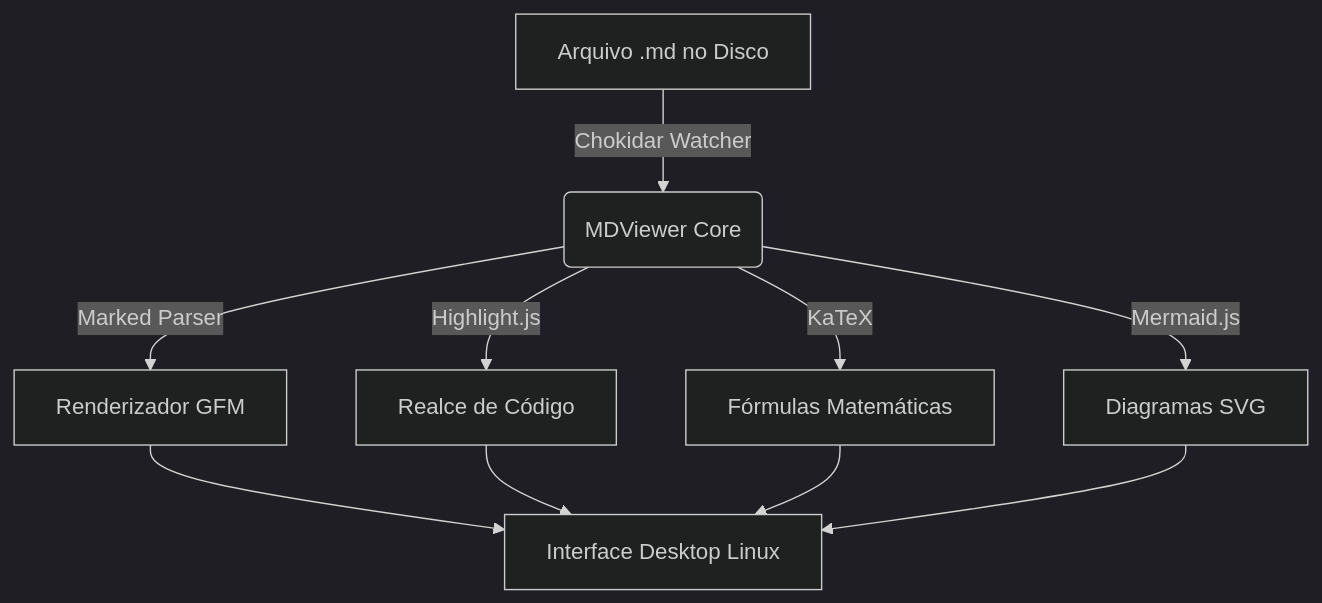
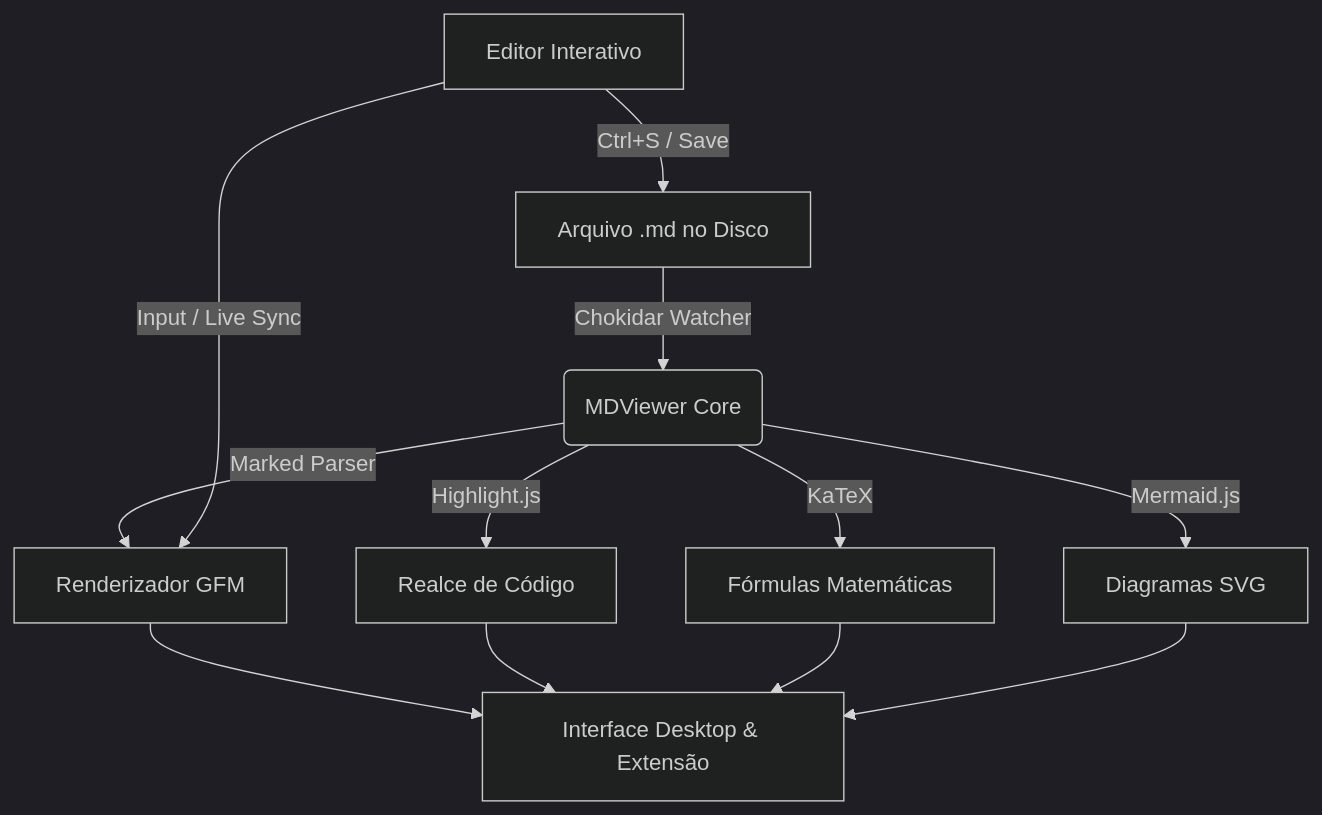
The first of 2 diagrams in sample.md (melecajou/mdviewer), drawn with Mermaid (dark theme) before and after one commit. The commit also changed other lines of this file and 2 other files, not shown here.

Commit message:
docs: update README and sample.md with editor features and cross-platform details

````diff
--- a/sample.md
+++ b/sample.md
@@ -47,12 +49,14 @@
 ```mermaid
 graph TD
     A[Arquivo .md no Disco] -->|Chokidar Watcher| B(MDViewer Core)
     B -->|Marked Parser| C[Renderizador GFM]
     B -->|Highlight.js| D[Realce de Código]
     B -->|KaTeX| E[Fórmulas Matemáticas]
     B -->|Mermaid.js| F[Diagramas SVG]
-    C --> G[Interface Desktop Linux]
+    C --> G[Interface Desktop & Extensão]
     D --> G
     E --> G
     F --> G
+    H[Editor Interativo] -->|Ctrl+S / Save| A
+    H -->|Input / Live Sync| C
 ```
````
